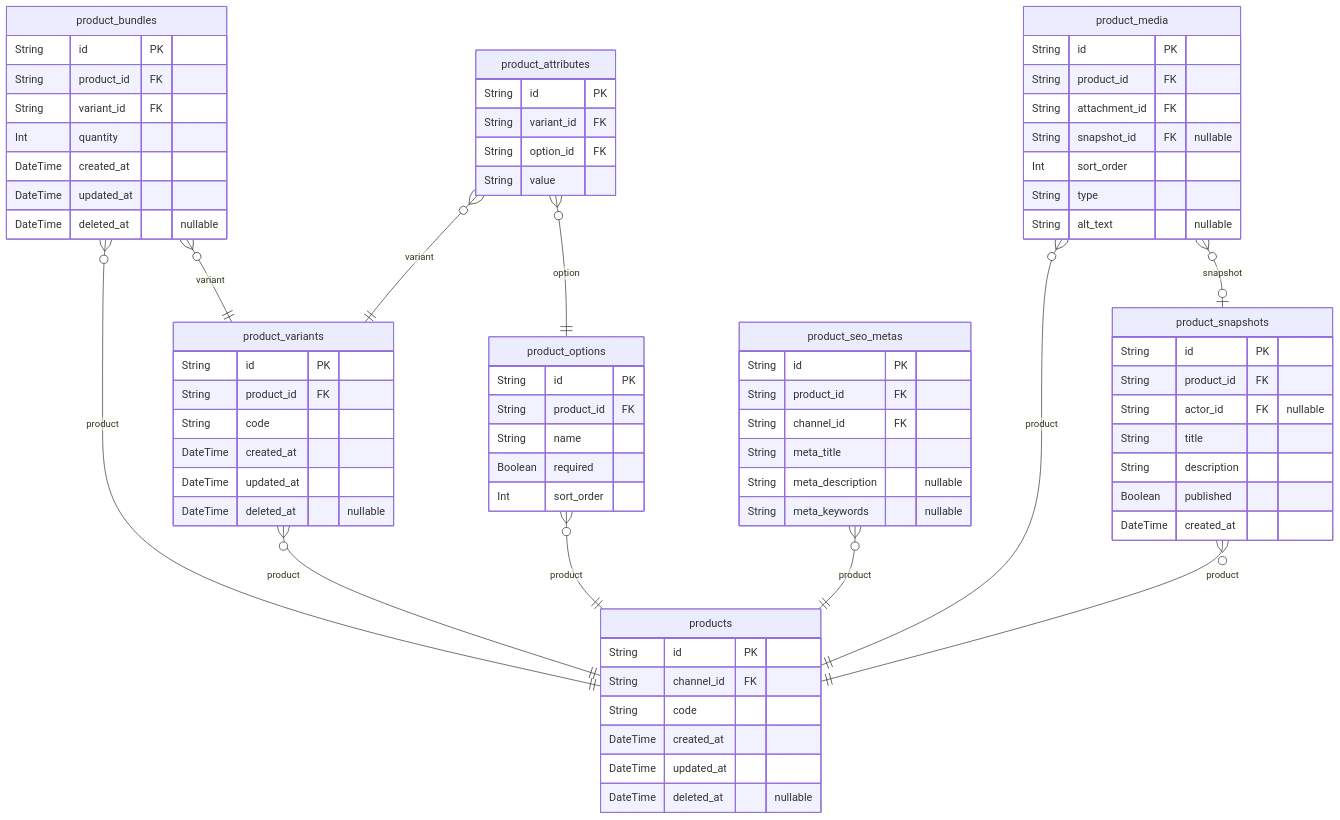
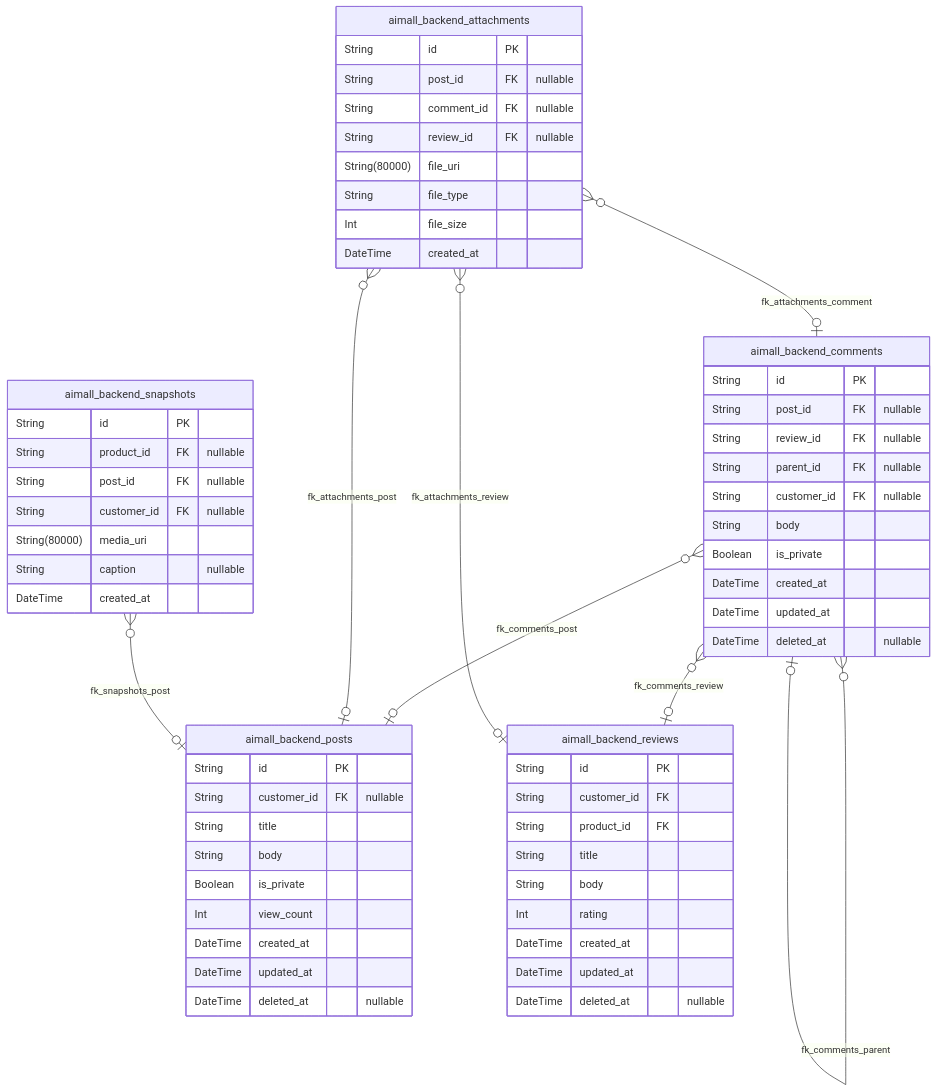
One commit to wrtnlabs/autobe-example-shopping-openai-gpt-4.1 changed the fourth of 10 diagrams in docs/ERD.md. Above: the diagram before and after it, drawn with Mermaid. The commit also changed other lines of this file and 2260 other files, not shown here.

````diff
--- a/docs/ERD.md
+++ b/docs/ERD.md
@@ -905,77 +419,63 @@
 ```mermaid
 erDiagram
-"products" {
+"aimall_backend_posts" {
   String id PK
-  String channel_id FK
-  String code
+  String customer_id FK "nullable"
+  String title
+  String body
+  Boolean is_private
+  Int view_count
   DateTime created_at
   DateTime updated_at
   DateTime deleted_at "nullable"
 }
-"product_variants" {
+"aimall_backend_comments" {
   String id PK
-  String product_id FK
-  String code
+  String post_id FK "nullable"
+  String review_id FK "nullable"
+  String parent_id FK "nullable"
+  String customer_id FK "nullable"
+  String body
+  Boolean is_private
   DateTime created_at
   DateTime updated_at
   DateTime deleted_at "nullable"
 }
-"product_bundles" {
+"aimall_backend_reviews" {
   String id PK
+  String customer_id FK
   String product_id FK
-  String variant_id FK
-  Int quantity
+  String title
+  String body
+  Int rating
   DateTime created_at
   DateTime updated_at
   DateTime deleted_at "nullable"
 }
-"product_options" {
+"aimall_backend_attachments" {
   String id PK
-  String product_id FK
-  String name
-  Boolean required
-  Int sort_order
-}
-"product_attributes" {
-  String id PK
-  String variant_id FK
-  String option_id FK
-  String value
-}
-"product_snapshots" {
-  String id PK
-  String product_id FK
-  String actor_id FK "nullable"
-  String title
-  String description
-  Boolean published
+  String post_id FK "nullable"
+  String comment_id FK "nullable"
+  String review_id FK "nullable"
+  String(80000) file_uri
+  String file_type
+  Int file_size
   DateTime created_at
 }
-"product_media" {
+"aimall_backend_snapshots" {
   String id PK
-  String product_id FK
-  String attachment_id FK
-  String snapshot_id FK "nullable"
-  Int sort_order
-  String type
-  String alt_text "nullable"
+  String product_id FK "nullable"
+  String post_id FK "nullable"
+  String customer_id FK "nullable"
+  String(80000) media_uri
+  String caption "nullable"
+  DateTime created_at
 }
-"product_seo_metas" {
-  String id PK
-  String product_id FK
-  String channel_id FK
-  String meta_title
-  String meta_description "nullable"
-  String meta_keywords "nullable"
-}
-"product_variants" }o--|| "products" : product
-"product_bundles" }o--|| "products" : product
-"product_bundles" }o--|| "product_variants" : variant
-"product_options" }o--|| "products" : product
-"product_attributes" }o--|| "product_variants" : variant
-"product_attributes" }o--|| "product_options" : option
-"product_snapshots" }o--|| "products" : product
-"product_media" }o--|| "products" : product
-"product_media" }o--o| "product_snapshots" : snapshot
-"product_seo_metas" }o--|| "products" : product
+"aimall_backend_comments" }o--o| "aimall_backend_posts" : fk_comments_post
+"aimall_backend_comments" }o--o| "aimall_backend_reviews" : fk_comments_review
+"aimall_backend_comments" }o--o| "aimall_backend_comments" : fk_comments_parent
+"aimall_backend_attachments" }o--o| "aimall_backend_posts" : fk_attachments_post
+"aimall_backend_attachments" }o--o| "aimall_backend_comments" : fk_attachments_comment
+"aimall_backend_attachments" }o--o| "aimall_backend_reviews" : fk_attachments_review
+"aimall_backend_snapshots" }o--o| "aimall_backend_posts" : fk_snapshots_post
 ```
````
